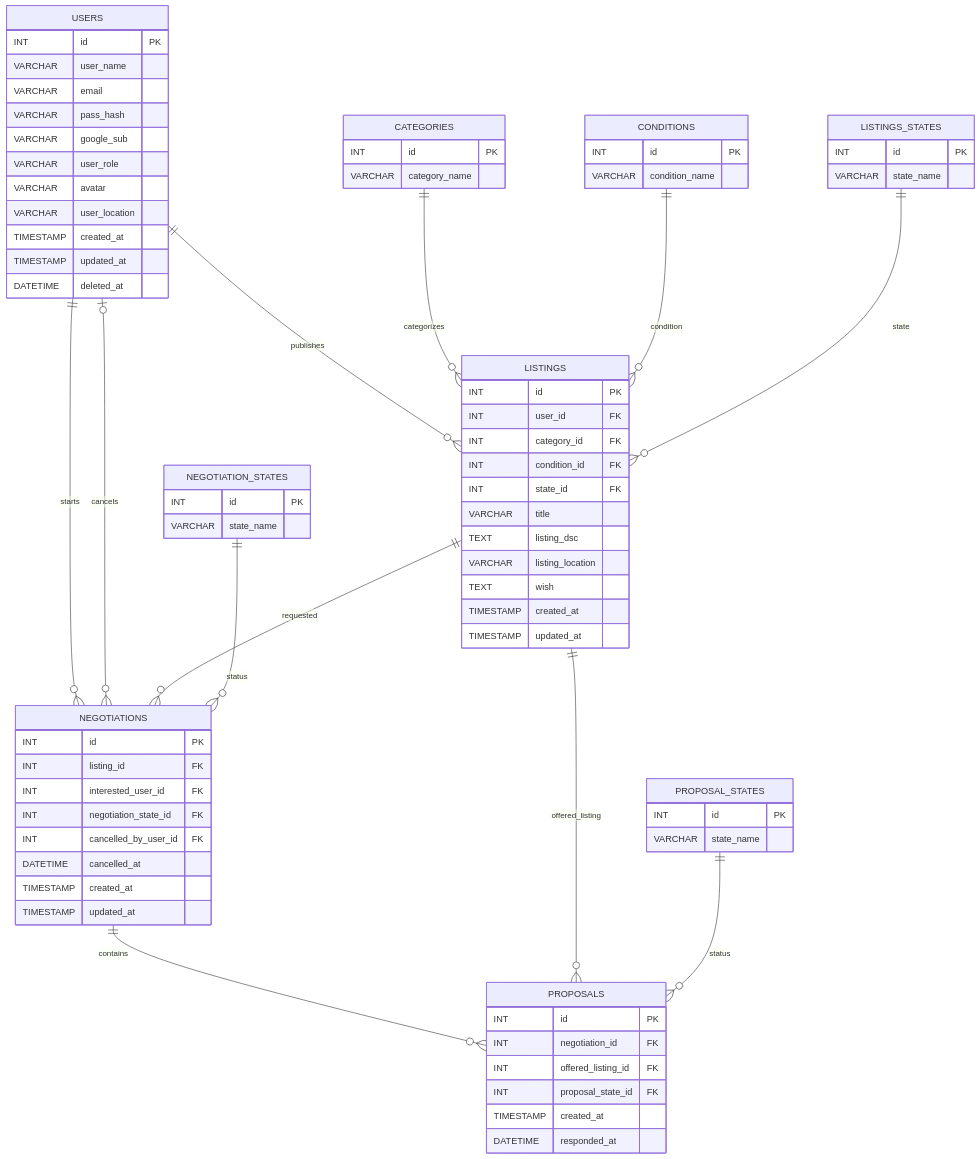
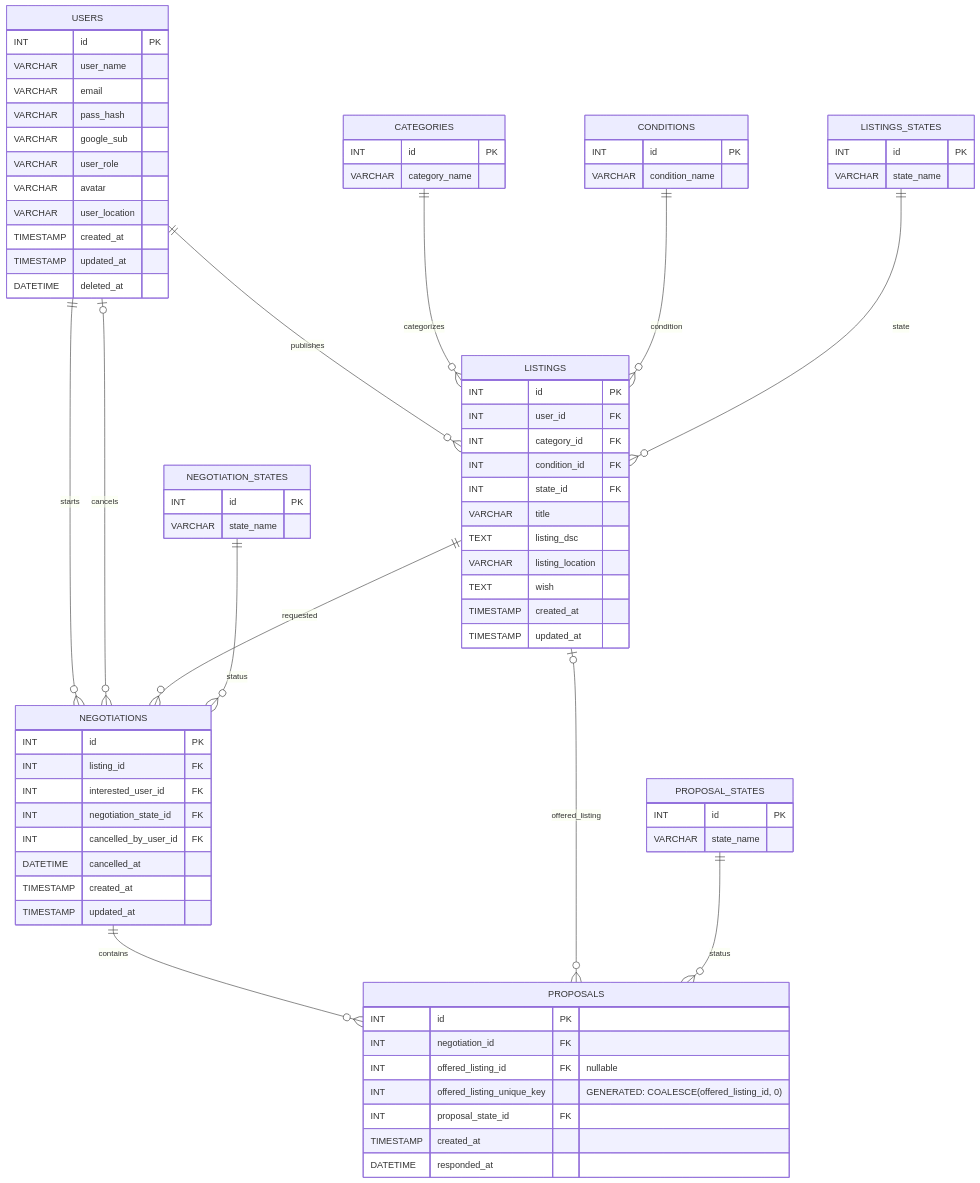
One commit to djunho/daka changed the first of 2 diagrams in srcs/services/mariadb/dakaERD.md. Above: the diagram before and after it, drawn with Mermaid. The commit also changed other lines of this file and 1 other file, not shown here.

Commit message:
FEAT/database: allow proposals without offered listings

````diff
--- a/srcs/services/mariadb/dakaERD.md
+++ b/srcs/services/mariadb/dakaERD.md
@@ -72,7 +72,8 @@
     PROPOSALS {
         INT id PK
         INT negotiation_id FK
-        INT offered_listing_id FK
+        INT offered_listing_id FK "nullable"
+        INT offered_listing_unique_key "GENERATED: COALESCE(offered_listing_id, 0)"
         INT proposal_state_id FK
         TIMESTAMP created_at
         DATETIME responded_at
@@ -89,6 +90,6 @@
     NEGOTIATION_STATES ||--o{ NEGOTIATIONS : status
 
     NEGOTIATIONS ||--o{ PROPOSALS : contains
-    LISTINGS ||--o{ PROPOSALS : offered_listing
+    LISTINGS o|--o{ PROPOSALS : offered_listing
     PROPOSAL_STATES ||--o{ PROPOSALS : status
 ```
````
